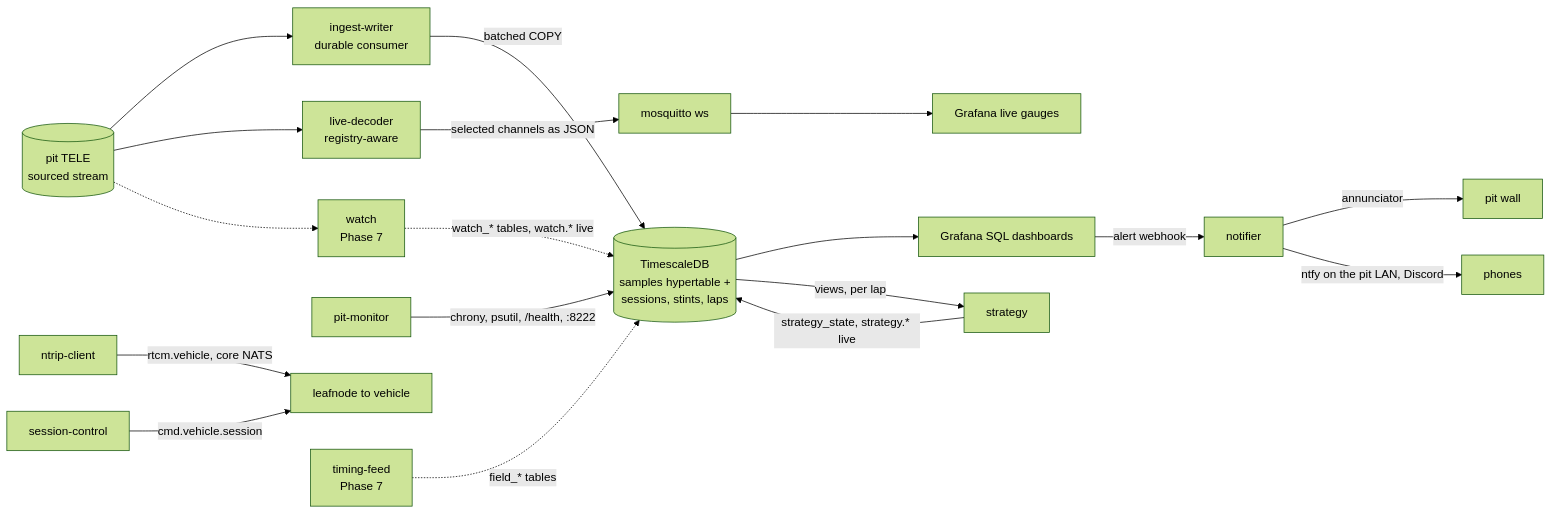
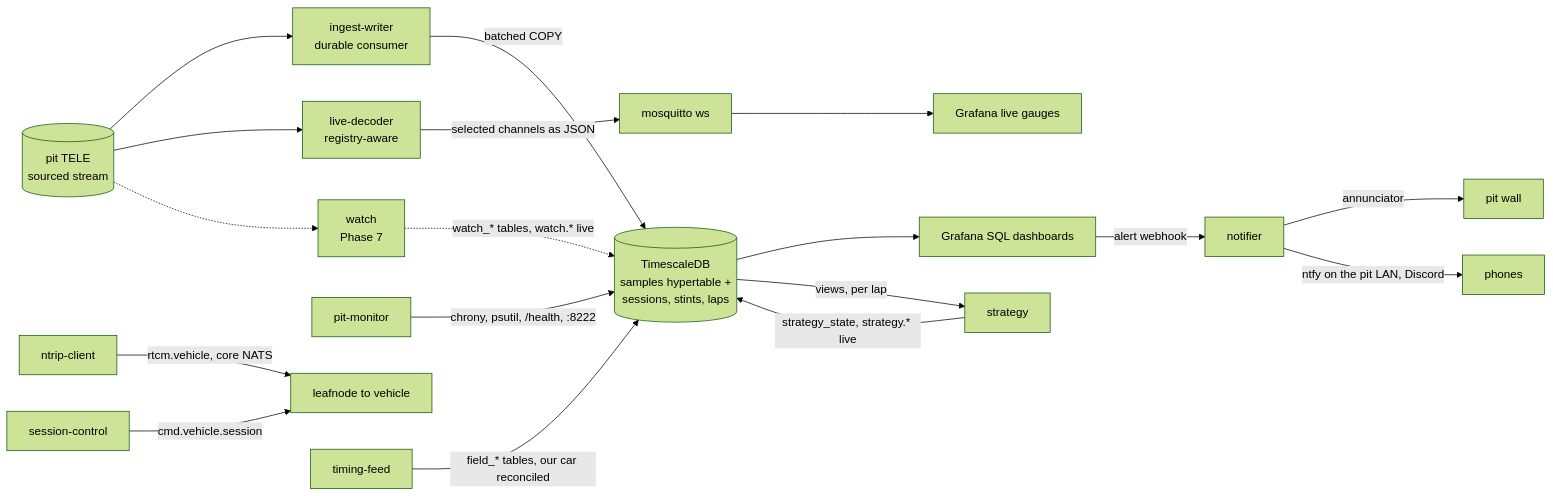
The third of 4 diagrams in docs/ARCHITECTURE.md (Robert-McMahon/openlaps), drawn with Mermaid (forest theme) before and after one commit. The commit also changed other lines of this file and 29 other files, not shown here.

````diff
--- a/docs/ARCHITECTURE.md
+++ b/docs/ARCHITECTURE.md
@@ -118,16 +118,16 @@
 ```mermaid
 flowchart LR
   SRC[(pit TELE<br/>sourced stream)] --> W[ingest-writer<br/>durable consumer]
   W -- "batched COPY" --> DB[(TimescaleDB<br/>samples hypertable +<br/>sessions, stints, laps)]
   SRC --> L[live-decoder<br/>registry-aware]
   L -- "selected channels as JSON" --> M[mosquitto ws] --> G1[Grafana live gauges]
   DB --> G2[Grafana SQL dashboards]
   NC[ntrip-client] -- "rtcm.vehicle, core NATS" --> LEAF[leafnode to vehicle]
   S[session-control] -- "cmd.vehicle.session" --> LEAF
   PM[pit-monitor] -- "chrony, psutil, /health, :8222" --> DB
   SRC -.-> WT[watch<br/>Phase 7] -. "watch_* tables, watch.* live" .-> DB
   DB -- "views, per lap" --> ST[strategy] -- "strategy_state, strategy.* live" --> DB
-  TF[timing-feed<br/>Phase 7] -. "field_* tables" .-> DB
+  TF[timing-feed] -- "field_* tables, our car reconciled" --> DB
   G2 -- "alert webhook" --> NF[notifier] -- "annunciator" --> PH[pit wall]
   NF -- "ntfy on the pit LAN, Discord" --> PHONES[phones]
 ```
````
